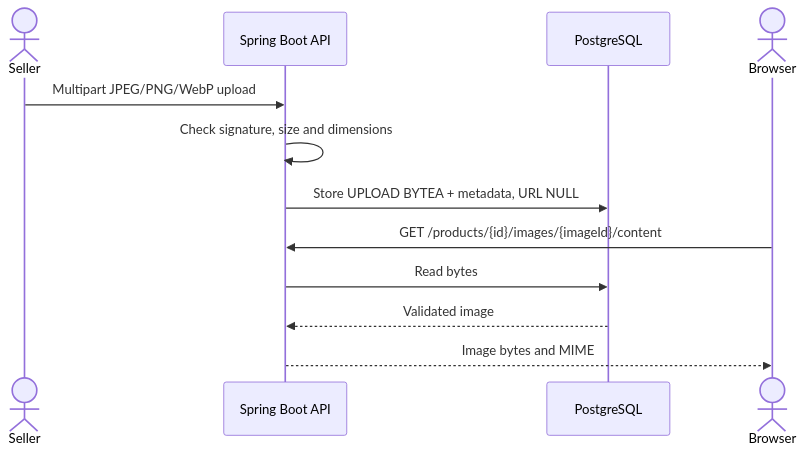
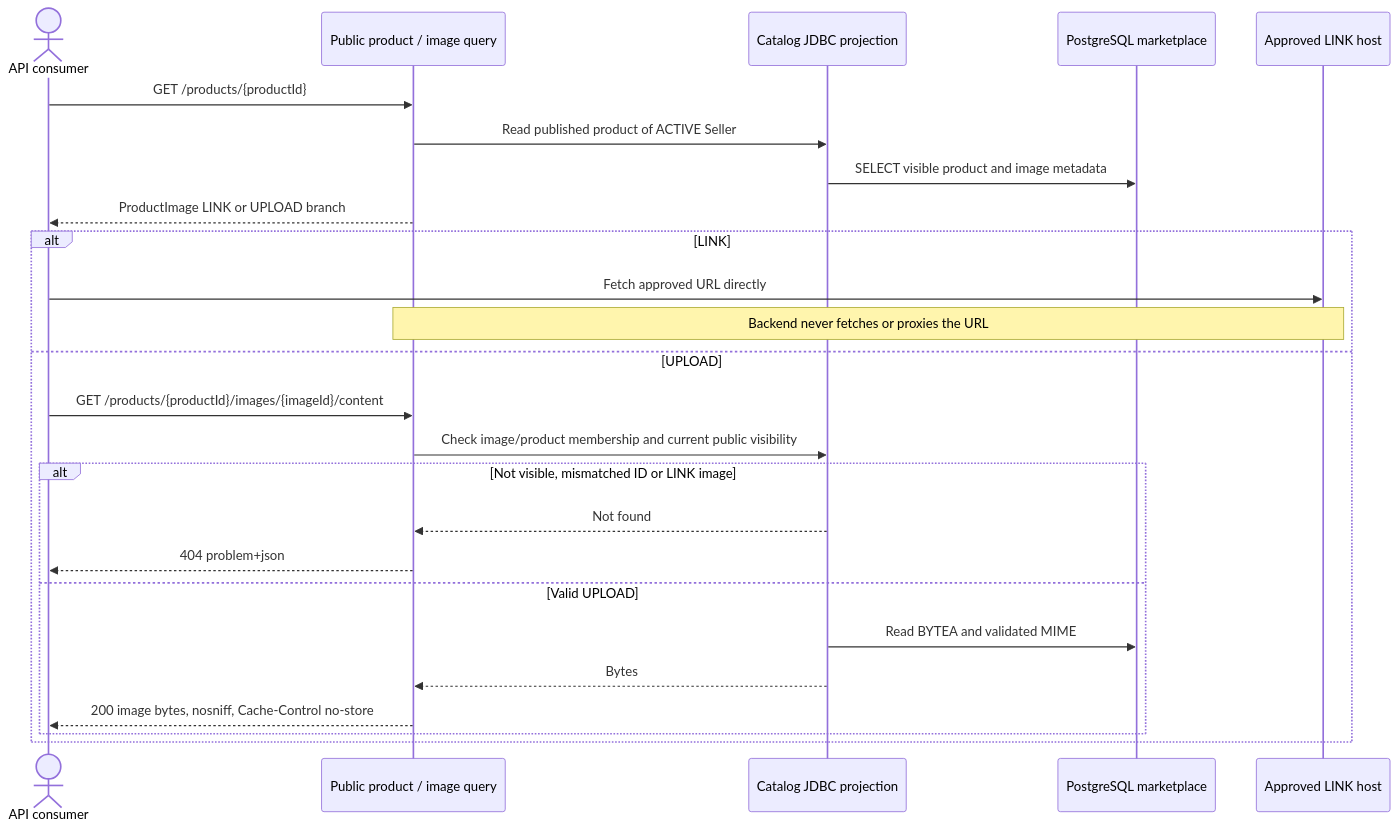
One commit to phuchoang-ecommerce-org/docs-minimal changed the second of 2 diagrams in SolutionArchitecture/backend/sequences/product-images.md. Above: the diagram before and after it, drawn with Mermaid. The commit also changed other lines of this file and 47 other files, not shown here.

````diff
--- a/SolutionArchitecture/backend/sequences/product-images.md
+++ b/SolutionArchitecture/backend/sequences/product-images.md
@@ -26,14 +51,27 @@
 ```mermaid
 sequenceDiagram
-  actor Seller
-  participant API as Spring Boot API
-  participant DB as PostgreSQL
-  actor Browser
-  Seller->>API: Multipart JPEG/PNG/WebP upload
-  API->>API: Check signature, size and dimensions
-  API->>DB: Store UPLOAD BYTEA + metadata, URL NULL
-  Browser->>API: GET /products/{id}/images/{imageId}/content
-  API->>DB: Read bytes
-  DB-->>API: Validated image
-  API-->>Browser: Image bytes and MIME
+  actor Consumer as API consumer
+  participant API as Public product / image query
+  participant Data as Catalog JDBC projection
+  participant DB as PostgreSQL marketplace
+  participant Host as Approved LINK host
+  Consumer->>API: GET /products/{productId}
+  API->>Data: Read published product of ACTIVE Seller
+  Data->>DB: SELECT visible product and image metadata
+  API-->>Consumer: ProductImage LINK or UPLOAD branch
+  alt LINK
+    Consumer->>Host: Fetch approved URL directly
+    Note over API,Host: Backend never fetches or proxies the URL
+  else UPLOAD
+    Consumer->>API: GET /products/{productId}/images/{imageId}/content
+    API->>Data: Check image/product membership and current public visibility
+    alt Not visible, mismatched ID or LINK image
+      Data-->>API: Not found
+      API-->>Consumer: 404 problem+json
+    else Valid UPLOAD
+      Data->>DB: Read BYTEA and validated MIME
+      Data-->>API: Bytes
+      API-->>Consumer: 200 image bytes, nosniff, Cache-Control no-store
+    end
+  end
 ```
````
